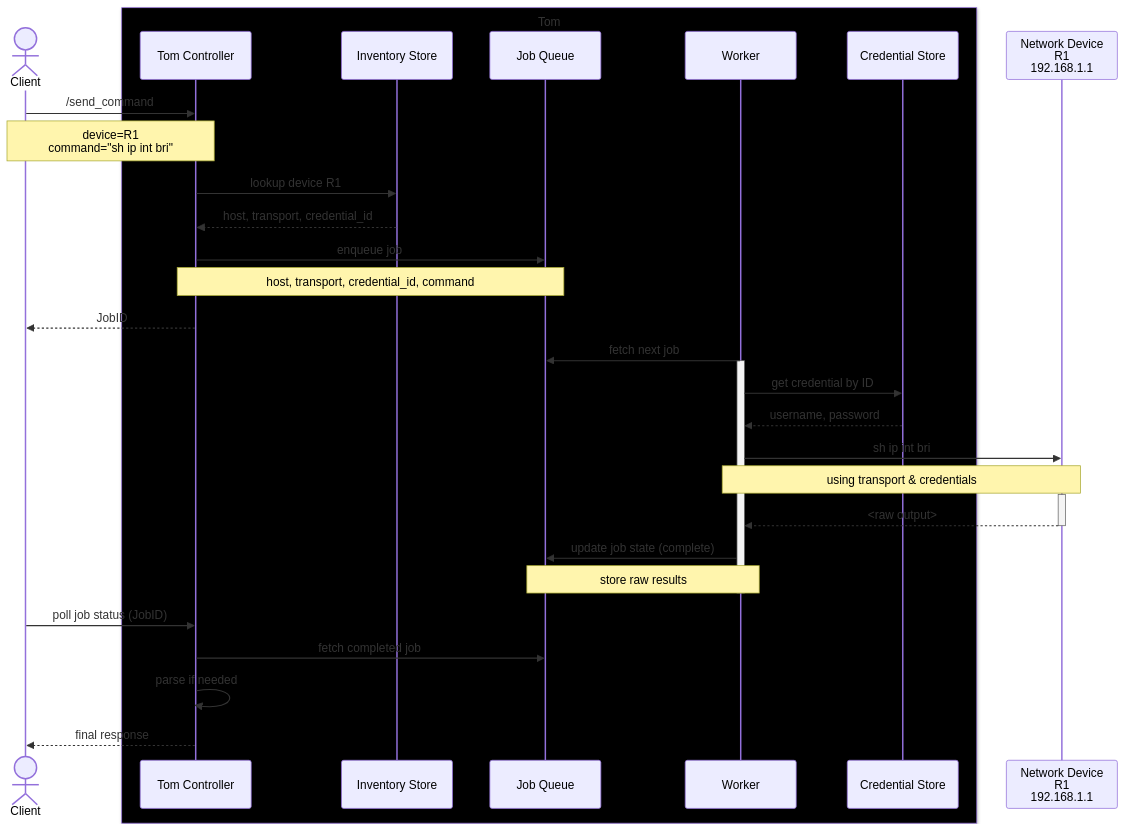
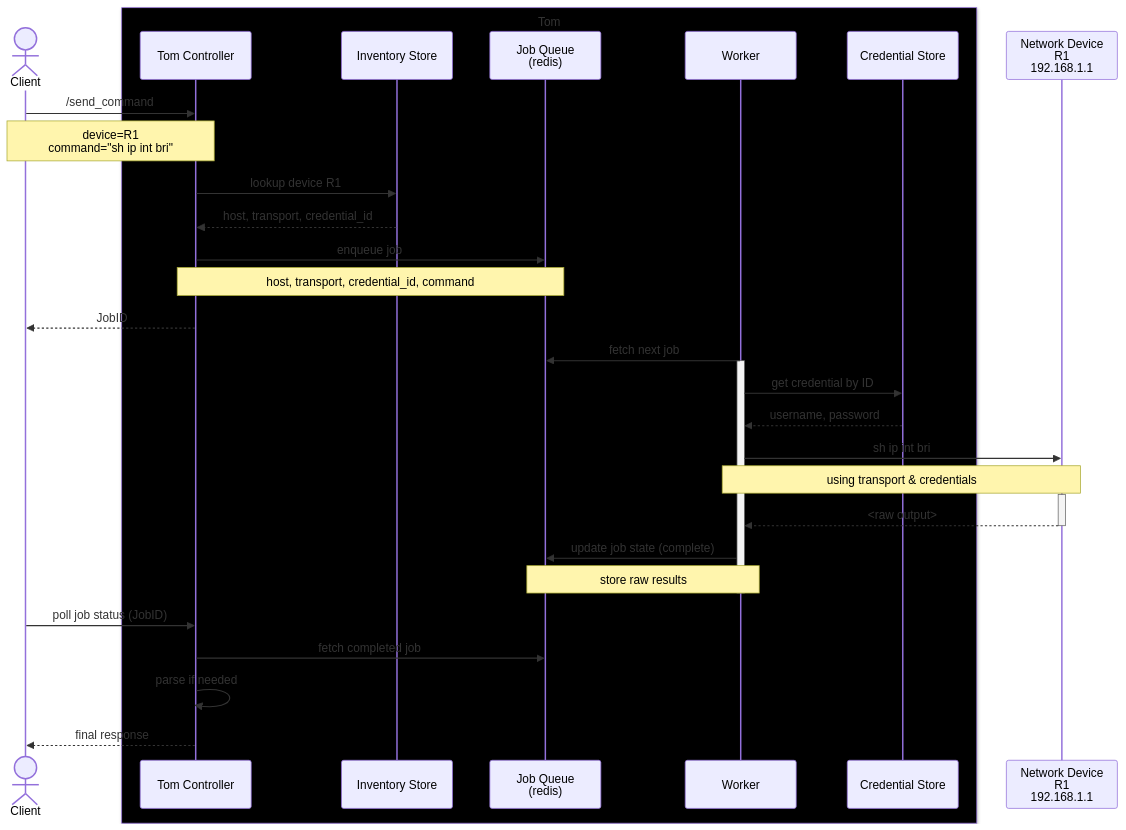
Before and after one commit to wrgeorge1983/Tom: the diagram in docs/overal-sequence-detail.md, drawn with Mermaid. The commit also changed 1 other file, not shown here.

Commit message:
update README.md and overal-sequence-detail.md

````diff
--- a/docs/overal-sequence-detail.md
+++ b/docs/overal-sequence-detail.md
@@ -1,36 +1,36 @@
 ```mermaid
 sequenceDiagram
     actor C as Client 
     box Black Tom
     participant T as Tom Controller
     participant IS as Inventory Store
-    participant Q as Job Queue
+    participant Q as Job Queue <br> (redis)
     participant W as Worker
     participant CS as Credential Store
     end
     participant D as Network Device<br/>R1<br/>192.168.1.1
         
     C ->> T: /send_command
         note over C,T: device=R1<br/>command="sh ip int bri"
     T ->> IS: lookup device R1
     IS -->> T: host, transport, credential_id
     T ->> Q: enqueue job
         note over T,Q: host, transport, credential_id, command
     T -->> C: JobID
     W ->> Q: fetch next job
     activate W
     W ->> CS: get credential by ID
     CS -->> W: username, password
     W ->> D: sh ip int bri
         note over W,D: using transport & credentials
     activate D
         D -->> W: <raw output>
     deactivate D
     W ->> Q: update job state (complete)
         note over W,Q: store raw results
     deactivate W
     C ->> T: poll job status (JobID)
     T ->> Q: fetch completed job
     T ->> T: parse if needed
     T -->> C: final response
 ```
````
